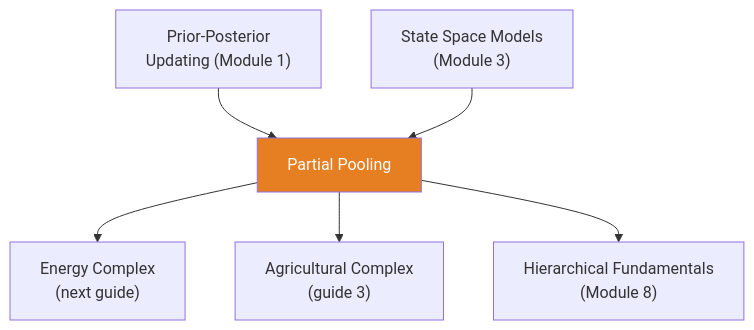
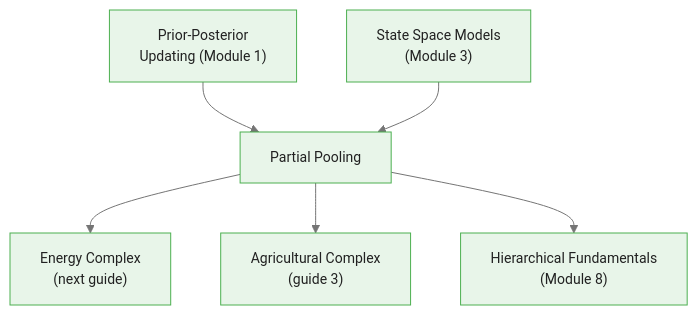
The fourth of 4 diagrams in courses/bayesian-commodity-forecasting/modules/module_04_hierarchical/guides/01_partial_pooling_slides.md (m-deane/course-creator), drawn with Mermaid before and after one commit. The commit also changed other lines of this file and 104 other files, not shown here.

````diff
--- a/courses/bayesian-commodity-forecasting/modules/module_04_hierarchical/guides/01_partial_pooling_slides.md
+++ b/courses/bayesian-commodity-forecasting/modules/module_04_hierarchical/guides/01_partial_pooling_slides.md
@@ -267,9 +281,9 @@
 ```mermaid
+%%{init: {"theme": "base", "themeVariables": {"primaryColor": "#e8f5e9", "primaryBorderColor": "#4caf50", "primaryTextColor": "#212121", "secondaryColor": "#e3f2fd", "tertiaryColor": "#fff8e1", "lineColor": "#757575", "fontFamily": "Inter, sans-serif", "fontSize": "14px"}}}%%
 flowchart TD
     BU["Prior-Posterior\nUpdating (Module 1)"] --> PP["Partial Pooling"]
     SSM["State Space Models\n(Module 3)"] --> PP
     PP --> EC["Energy Complex\n(next guide)"]
     PP --> AC["Agricultural Complex\n(guide 3)"]
     PP --> FI["Hierarchical Fundamentals\n(Module 8)"]
-    style PP fill:#e67e22,color:#fff
 ```
````
